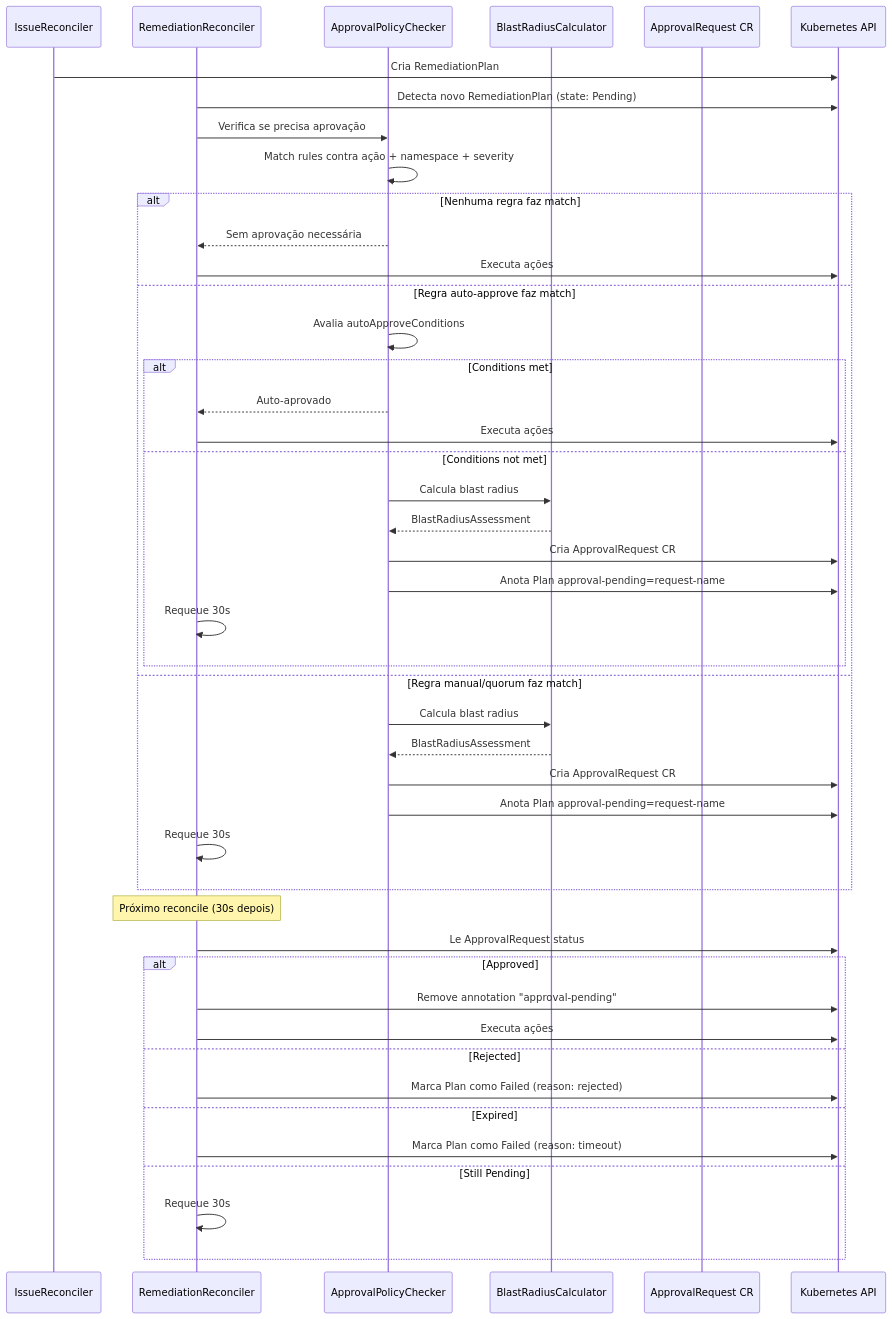
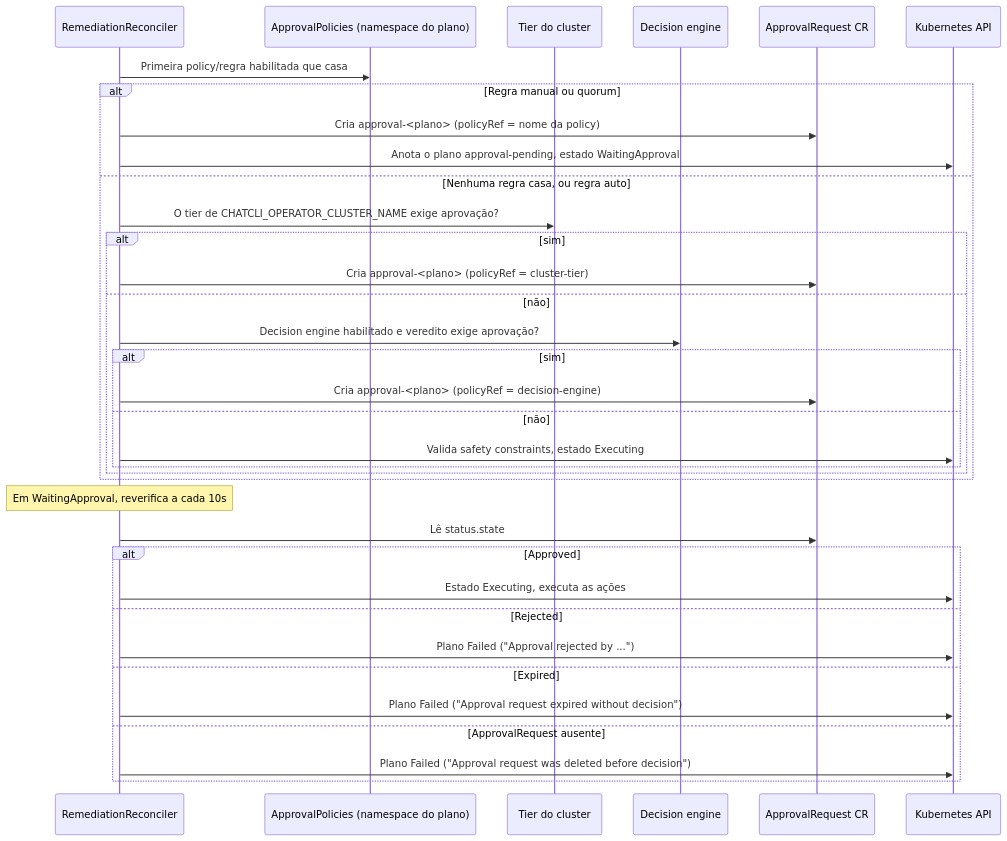
Before and after one commit to diillson/chatcli.ai: the third of 3 diagrams in pt/features/aiops/approval-workflow.mdx, drawn with Mermaid. The commit also changed other lines of this file and 126 other files, not shown here.

````diff
--- a/pt/features/aiops/approval-workflow.mdx
+++ b/pt/features/aiops/approval-workflow.mdx
@@ -427,50 +357,39 @@
 ```mermaid
 sequenceDiagram
-    participant IR as IssueReconciler
     participant RR as RemediationReconciler
-    participant APC as ApprovalPolicyChecker
-    participant BRC as BlastRadiusCalculator
+    participant AP as ApprovalPolicies (namespace do plano)
+    participant CT as Tier do cluster
+    participant DE as Decision engine
     participant AReq as ApprovalRequest CR
     participant K8s as Kubernetes API
 
-    IR->>K8s: Cria RemediationPlan
-    RR->>K8s: Detecta novo RemediationPlan (state: Pending)
-    RR->>APC: Verifica se precisa aprovação
-    APC->>APC: Match rules contra ação + namespace + severity
-
-    alt Nenhuma regra faz match
-        APC-->>RR: Sem aprovação necessária
-        RR->>K8s: Executa ações
-    else Regra auto-approve faz match
-        APC->>APC: Avalia autoApproveConditions
-        alt Conditions met
-            APC-->>RR: Auto-aprovado
-            RR->>K8s: Executa ações
-        else Conditions not met
-            APC->>BRC: Calcula blast radius
-            BRC-->>APC: BlastRadiusAssessment
-            APC->>K8s: Cria ApprovalRequest CR
-            APC->>K8s: Anota Plan approval-pending=request-name
-            RR->>RR: Requeue 30s
+    RR->>AP: Primeira policy/regra habilitada que casa
+    alt Regra manual ou quorum
+        RR->>AReq: Cria approval-<plano> (policyRef = nome da policy)
+        RR->>K8s: Anota o plano approval-pending, estado WaitingApproval
+    else Nenhuma regra casa, ou regra auto
+        RR->>CT: O tier de CHATCLI_OPERATOR_CLUSTER_NAME exige aprovação?
+        alt sim
+            RR->>AReq: Cria approval-<plano> (policyRef = cluster-tier)
+        else não
+            RR->>DE: Decision engine habilitado e veredito exige aprovação?
+            alt sim
+                RR->>AReq: Cria approval-<plano> (policyRef = decision-engine)
+            else não
+                RR->>K8s: Valida safety constraints, estado Executing
+            end
         end
-    else Regra manual/quorum faz match
-        APC->>BRC: Calcula blast radius
-        BRC-->>APC: BlastRadiusAssessment
-        APC->>K8s: Cria ApprovalRequest CR
-        APC->>K8s: Anota Plan approval-pending=request-name
-        RR->>RR: Requeue 30s
     end
 
-    Note over RR: Próximo reconcile (30s depois)
-    RR->>K8s: Le ApprovalRequest status
+    Note over RR: Em WaitingApproval, reverifica a cada 10s
+    RR->>AReq: Lê status.state
     alt Approved
-        RR->>K8s: Remove annotation "approval-pending"
-        RR->>K8s: Executa ações
+        RR->>K8s: Estado Executing, executa as ações
     else Rejected
-        RR->>K8s: Marca Plan como Failed (reason: rejected)
+        RR->>K8s: Plano Failed ("Approval rejected by ...")
     else Expired
-        RR->>K8s: Marca Plan como Failed (reason: timeout)
-    else Still Pending
-        RR->>RR: Requeue 30s
+        RR->>K8s: Plano Failed ("Approval request expired without decision")
+    else ApprovalRequest ausente
+        RR->>K8s: Plano Failed ("Approval request was deleted before decision")
     end
 ```
````
